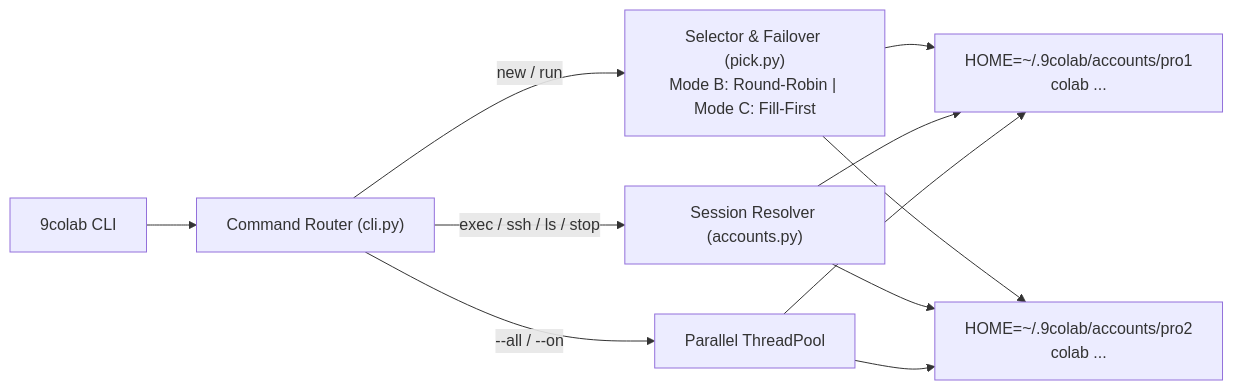
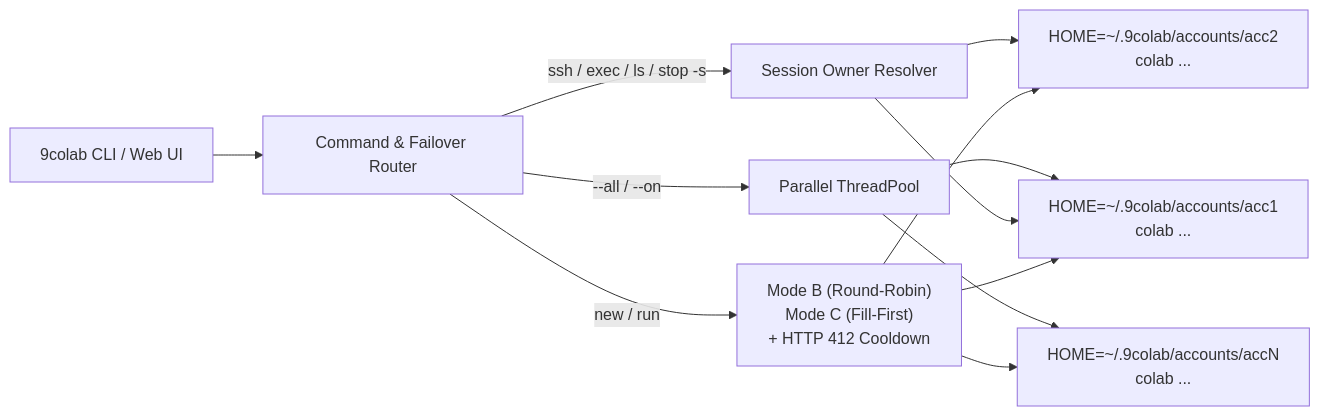
One commit to nguyenanhducdeveloper86/9colabs changed the diagram in README.md. Above: the diagram before and after it, drawn with Mermaid. The commit also changed other lines of this file and 4 other files, not shown here.

Commit message:
feat(ui,docs): redesign dashboard with telemetry charts and open-source README

````diff
--- a/README.md
+++ b/README.md
@@ -31,13 +48,14 @@
 ```mermaid
 flowchart LR
-    User["9colab CLI"] --> Router["Command Router (cli.py)"]
-    Router -->|new / run| Picker["Selector & Failover (pick.py)\nMode B: Round-Robin | Mode C: Fill-First"]
-    Router -->|exec / ssh / ls / stop| Resolver["Session Resolver (accounts.py)"]
-    Router -->|--all / --on| Pool["Parallel ThreadPool"]
-    Picker --> P1["HOME=~/.9colab/accounts/pro1\ncolab ..."]
-    Picker --> P2["HOME=~/.9colab/accounts/pro2\ncolab ..."]
-    Resolver --> P1
-    Resolver --> P2
-    Pool --> P1
-    Pool --> P2
+    CLI["9colab CLI / Web UI"] --> Router["Command & Failover Router"]
+    Router -->|"new / run"| Picker["Mode B (Round-Robin)\nMode C (Fill-First)\n+ HTTP 412 Cooldown"]
+    Router -->|"ssh / exec / ls / stop -s"| Lookup["Session Owner Resolver"]
+    Router -->|"--all / --on"| Parallel["Parallel ThreadPool"]
+    Picker --> Acc1["HOME=~/.9colab/accounts/acc1\ncolab ..."]
+    Picker --> Acc2["HOME=~/.9colab/accounts/acc2\ncolab ..."]
+    Picker --> AccN["HOME=~/.9colab/accounts/accN\ncolab ..."]
+    Lookup --> Acc1
+    Lookup --> Acc2
+    Parallel --> Acc1
+    Parallel --> AccN
 ```
````
